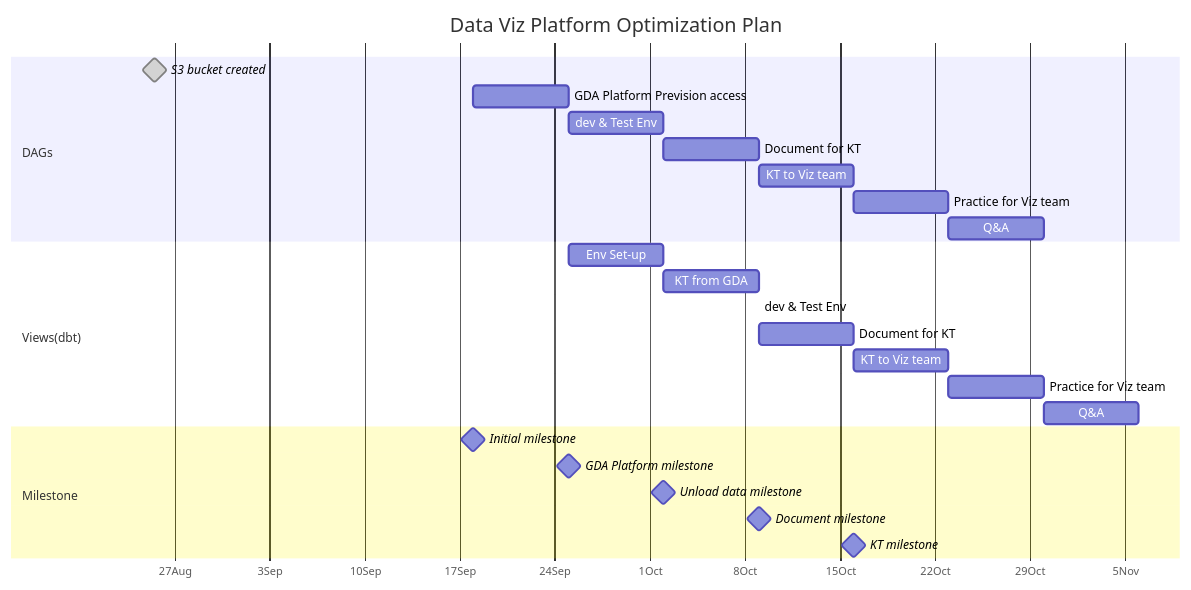
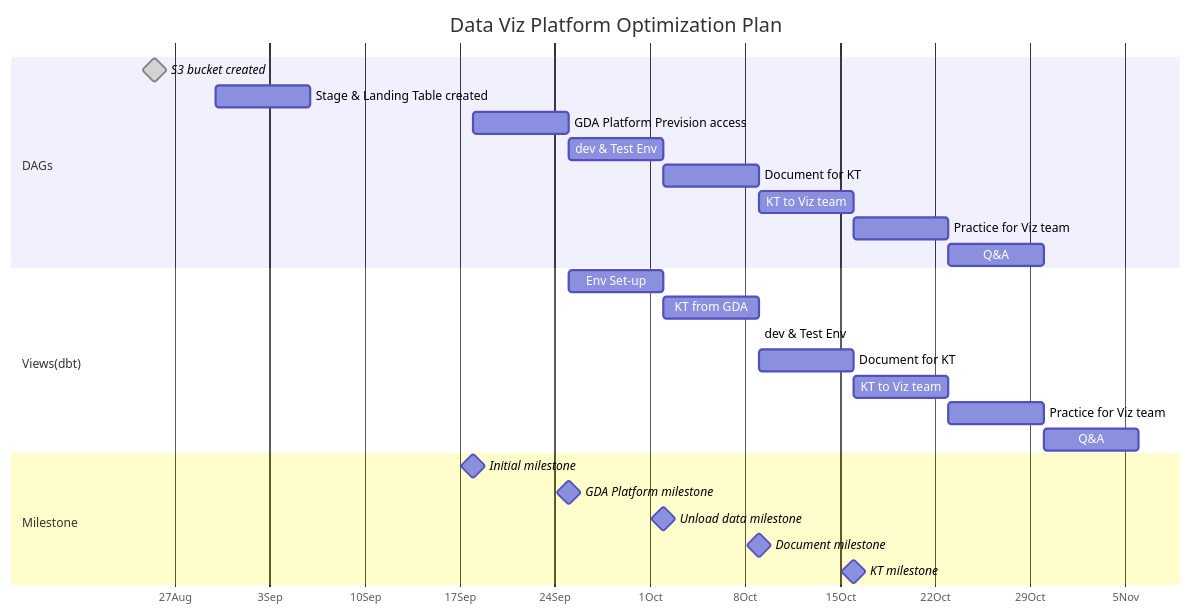
Before and after one commit to Jamesxuxiao/plan: the diagram in Plan.md, drawn with Mermaid.

````diff
--- a/Plan.md
+++ b/Plan.md
@@ -6,38 +6,39 @@
 ```mermaid
 gantt
     dateFormat  YYYY-MM-DD
     title       Data Viz Platform Optimization Plan
     axisFormat %e%b
     todayMarker on
     %%excludes    weekends
     tickInterval 1week
     %% (`excludes` accepts specific dates in YYYY-MM-DD format, days of the week ("sunday") or "weekends", but not the word "weekdays".)
 
 
     section A ridiculously <br> long section <br> name
 
     section DAGs
-    S3 bucket created: milestone, done, des10, 2023-08-21, 2023-08-30
+    S3 bucket created: milestone, done, des09, 2023-08-21, 2023-08-30
+    Stage & Landing Table created      : desc10, after des09,1w
     GDA Platform Prevision access    :  des11, after m0, 1w
     dev & Test Env              :    des12, after des11, 1w
     Document for KT             :    des13, after des12, 1w
     KT to Viz team              :    des14, after des13, 1w
     Practice for Viz team       :    des15, after des14, 1w
     Q&A                         :    des16, after des15, 1w
 
     section Views(dbt)
     Env Set-up                  :    des41, after des11, 1w
     KT from GDA                 :    des42, after des41, 1w
     dev & Test Env              :    des43, after des42,des13 1w
     Document for KT             :    des44, after des43, 1w
     KT to Viz team              :    des45, after des44, 1w
     Practice for Viz team       :    des46, after des45, 1w
     Q&A                         :    des47, after des46, 1w
 
     section Milestone
     Initial milestone           : milestone, m0, 2023-09-18,2min
     GDA Platform milestone      : milestone, m1, after des11, 2min
     Unload data milestone       : milestone, m2, after des12, 2min
     Document milestone          : milestone, m3, after des13, 2min
     KT milestone                : milestone, m5, after des14, 2min
 ```
````
